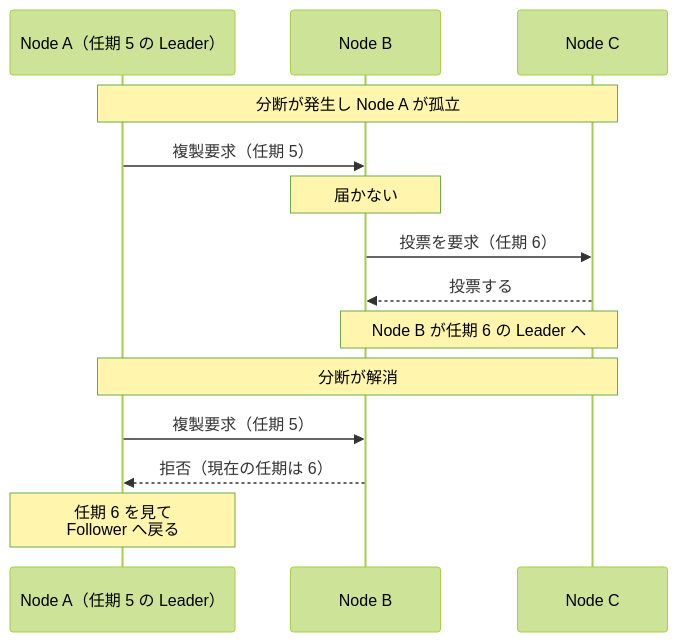
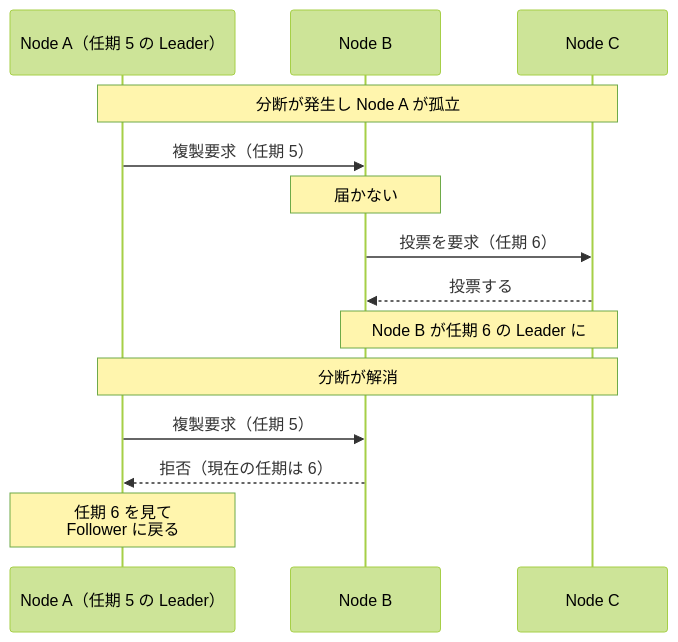
The fifth of 5 diagrams in content/notes/distributed-systems/leader-and-followers/index.md (nao1215/debimate), drawn with Mermaid (forest theme) before and after one commit. The commit also changed other lines of this file and 46 other files, not shown here.

````diff
--- a/content/notes/distributed-systems/leader-and-followers/index.md
+++ b/content/notes/distributed-systems/leader-and-followers/index.md
@@ -187,16 +187,16 @@
 ```mermaid
 sequenceDiagram
     participant A as Node A（任期 5 の Leader）
     participant B as Node B
     participant C as Node C
     Note over A,C: 分断が発生し Node A が孤立
     A->>B: 複製要求（任期 5）
     Note over B: 届かない
     B->>C: 投票を要求（任期 6）
     C-->>B: 投票する
-    Note over B,C: Node B が任期 6 の Leader へ
+    Note over B,C: Node B が任期 6 の Leader に
     Note over A,C: 分断が解消
     A->>B: 複製要求（任期 5）
     B-->>A: 拒否（現在の任期は 6）
-    Note over A: 任期 6 を見て<br/>Follower へ戻る
+    Note over A: 任期 6 を見て<br/>Follower に戻る
 ```
````
